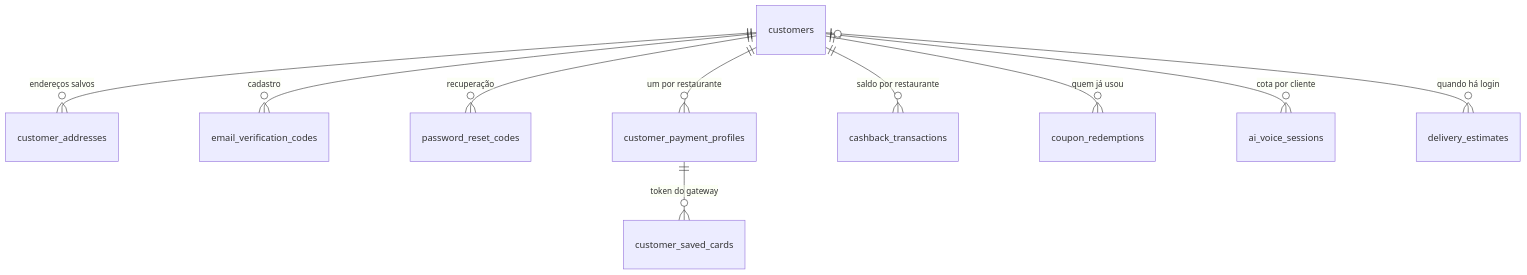
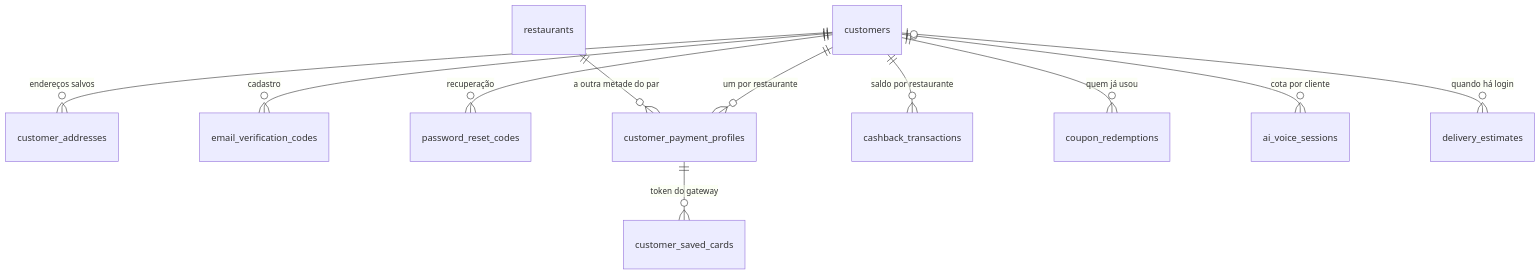
Before and after one commit to Caua1705/pedeaqui_back: the fourth of 6 diagrams in docs/modelo-de-dados.md, drawn with Mermaid. The commit also changed other lines of this file and 2 other files, not shown here.

````diff
--- a/docs/modelo-de-dados.md
+++ b/docs/modelo-de-dados.md
@@ -93,12 +108,13 @@
 ```mermaid
 erDiagram
     customers ||--o{ customer_addresses : "endereços salvos"
     customers ||--o{ email_verification_codes : "cadastro"
     customers ||--o{ password_reset_codes : "recuperação"
     customers ||--o{ customer_payment_profiles : "um por restaurante"
+    restaurants ||--o{ customer_payment_profiles : "a outra metade do par"
     customer_payment_profiles ||--o{ customer_saved_cards : "token do gateway"
     customers ||--o{ cashback_transactions : "saldo por restaurante"
     customers ||--o{ coupon_redemptions : "quem já usou"
     customers |o--o{ ai_voice_sessions : "cota por cliente"
     customers |o--o{ delivery_estimates : "quando há login"
 ```
````
